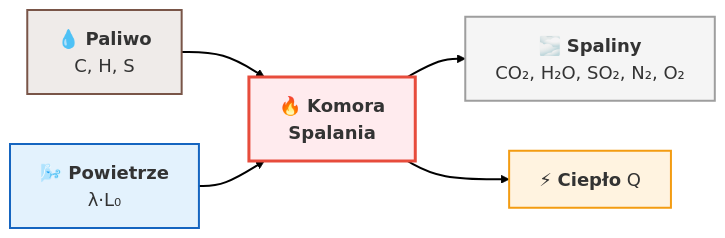
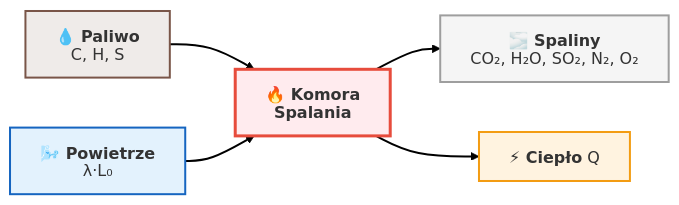
One commit to moondec/Termodynamika changed the first of 6 diagrams in Wyklady/15_Spalanie_Egzergia.qmd. Above: the diagram before and after it, drawn with Mermaid. The commit also changed other lines of this file and 84 other files, not shown here.

First line of the commit message:
Wykłady: diagramy mermaid bez ucinania i dopasowane do slajdów

````diff
--- a/Wyklady/15_Spalanie_Egzergia.qmd
+++ b/Wyklady/15_Spalanie_Egzergia.qmd
@@ -100,18 +101,21 @@
 ```{mermaid}
 %%| fig-align: center
-%%| fig-width: 10
 
-%%{init: {'theme': 'default', 'flowchart': { 'useMaxWidth': false, 'htmlLabels': true }, 'themeVariables': { 'fontSize': '18px', 'fontFamily': 'sans-serif' }}}%%
+%%{init: {'theme': 'default', 'flowchart': {'htmlLabels': false, 'wrappingWidth': 400, 'subGraphTitleMargin': {'top': 6, 'bottom': 16}}, 'themeVariables': {'fontSize': '16px', 'fontFamily': 'Arial, Helvetica, sans-serif'}, 'htmlLabels': false}}%%
 flowchart LR
-    P["💧 <b>Paliwo</b><br>C, H, S"] --> K["🔥 <b>Komora<br>Spalania</b>"]
-    POW["🌬️ <b>Powietrze</b><br>λ·L₀"] --> K
-    K --> SP["🌫️ <b>Spaliny</b><br>CO₂, H₂O, SO₂, N₂, O₂"]
-    K --> Q["⚡ <b>Ciepło</b> Q"]
+    P["`💧 **Paliwo**
+C, H, S`"] --> K["`🔥 **Komora**
+**Spalania**`"]
+    POW["`🌬️ **Powietrze**
+λ·L₀`"] --> K
+    K --> SP["`🌫️ **Spaliny**
+CO₂, H₂O, SO₂, N₂, O₂`"]
+    K --> Q["`⚡ **Ciepło** Q`"]
     
     style P fill:#efebe9,stroke:#795548,stroke-width:2px
     style POW fill:#e3f2fd,stroke:#1565c0,stroke-width:2px
     style K fill:#ffebee,stroke:#e74c3c,stroke-width:3px
     style SP fill:#f5f5f5,stroke:#9e9e9e,stroke-width:2px
     style Q fill:#fff3e0,stroke:#f39c12,stroke-width:2px
     linkStyle default stroke-width:2px,fill:none,stroke:black
 ```
````
